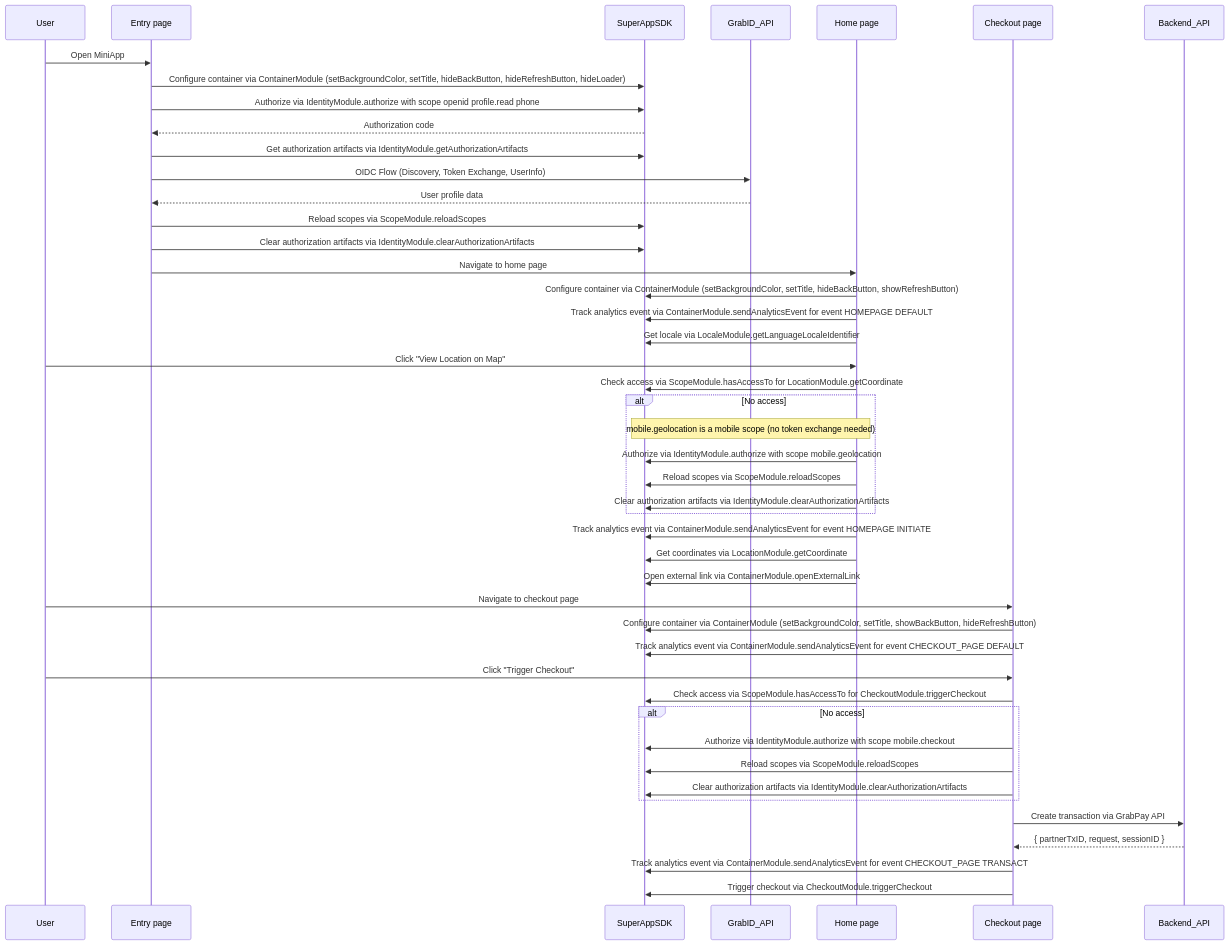
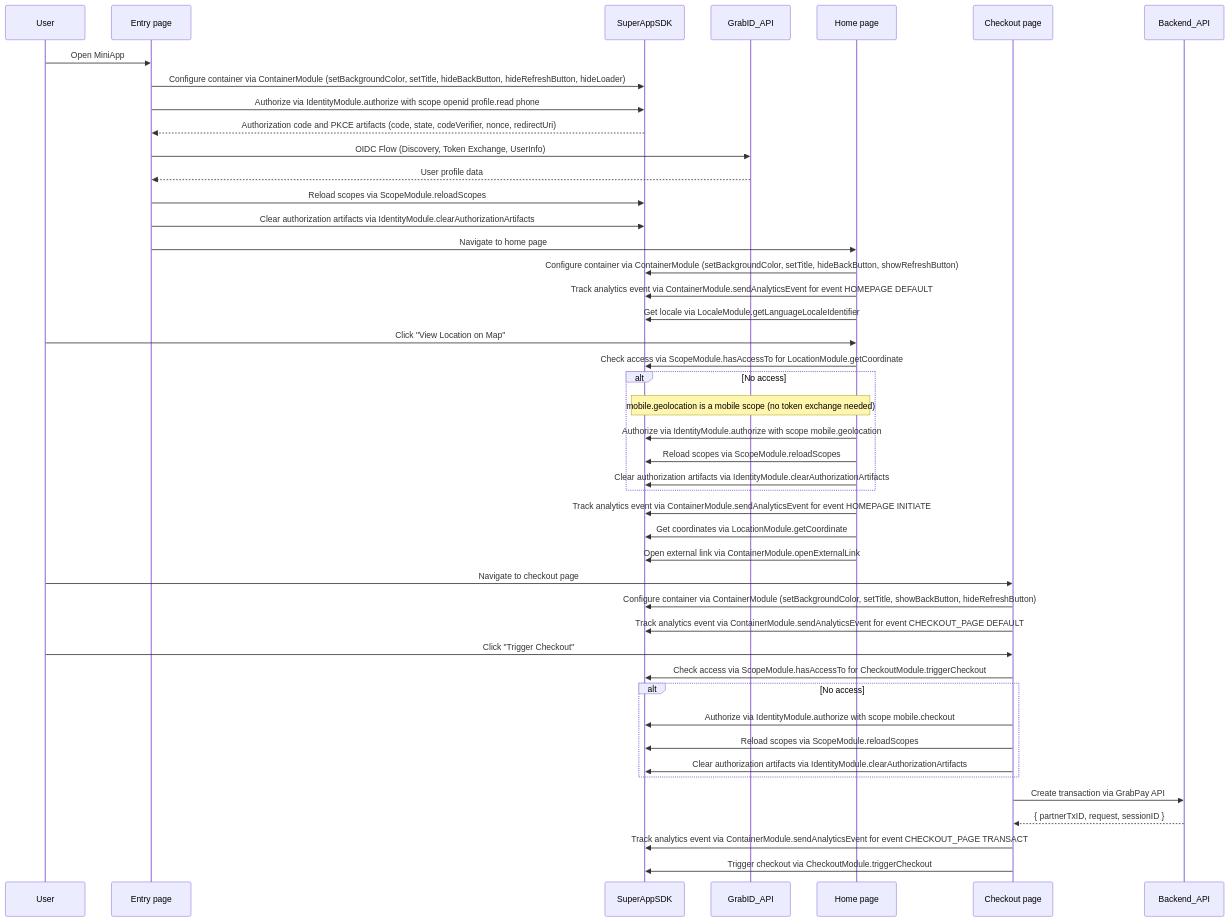
Before and after one commit to grab/superapp-sdk: the diagram in demo/README.md, drawn with Mermaid. The commit also changed 30 other files, not shown here.

Commit message:
[CXMINIAPP-1664] Return PKCE artifacts as part of authorize call

````diff
--- a/demo/README.md
+++ b/demo/README.md
@@ -75,51 +75,50 @@
 ```mermaid
 sequenceDiagram
     participant User
     participant Entry as Entry page
     participant SDK as SuperAppSDK
     participant OIDC as GrabID_API
     participant Home as Home page
     participant Checkout as Checkout page
     participant Backend as Backend_API
 
     User->>Entry: Open MiniApp
     Entry->>SDK: Configure container via ContainerModule (setBackgroundColor, setTitle, hideBackButton, hideRefreshButton, hideLoader)
     Entry->>SDK: Authorize via IdentityModule.authorize with scope openid profile.read phone
-    SDK-->>Entry: Authorization code
-    Entry->>SDK: Get authorization artifacts via IdentityModule.getAuthorizationArtifacts
+    SDK-->>Entry: Authorization code and PKCE artifacts (code, state, codeVerifier, nonce, redirectUri)
     Entry->>OIDC: OIDC Flow (Discovery, Token Exchange, UserInfo)
     OIDC-->>Entry: User profile data
     Entry->>SDK: Reload scopes via ScopeModule.reloadScopes
     Entry->>SDK: Clear authorization artifacts via IdentityModule.clearAuthorizationArtifacts
     Entry->>Home: Navigate to home page
 
     Home->>SDK: Configure container via ContainerModule (setBackgroundColor, setTitle, hideBackButton, showRefreshButton)
     Home->>SDK: Track analytics event via ContainerModule.sendAnalyticsEvent for event HOMEPAGE DEFAULT
     Home->>SDK: Get locale via LocaleModule.getLanguageLocaleIdentifier
     User->>Home: Click "View Location on Map"
     Home->>SDK: Check access via ScopeModule.hasAccessTo for LocationModule.getCoordinate
     alt No access
         Note over Home,SDK: mobile.geolocation is a mobile scope (no token exchange needed)
         Home->>SDK: Authorize via IdentityModule.authorize with scope mobile.geolocation
         Home->>SDK: Reload scopes via ScopeModule.reloadScopes
         Home->>SDK: Clear authorization artifacts via IdentityModule.clearAuthorizationArtifacts
     end
     Home->>SDK: Track analytics event via ContainerModule.sendAnalyticsEvent for event HOMEPAGE INITIATE
     Home->>SDK: Get coordinates via LocationModule.getCoordinate
     Home->>SDK: Open external link via ContainerModule.openExternalLink
 
     User->>Checkout: Navigate to checkout page
     Checkout->>SDK: Configure container via ContainerModule (setBackgroundColor, setTitle, showBackButton, hideRefreshButton)
     Checkout->>SDK: Track analytics event via ContainerModule.sendAnalyticsEvent for event CHECKOUT_PAGE DEFAULT
     User->>Checkout: Click "Trigger Checkout"
     Checkout->>SDK: Check access via ScopeModule.hasAccessTo for CheckoutModule.triggerCheckout
     alt No access
         Checkout->>SDK: Authorize via IdentityModule.authorize with scope mobile.checkout
         Checkout->>SDK: Reload scopes via ScopeModule.reloadScopes
         Checkout->>SDK: Clear authorization artifacts via IdentityModule.clearAuthorizationArtifacts
     end
     Checkout->>Backend: Create transaction via GrabPay API
     Backend-->>Checkout: { partnerTxID, request, sessionID }
     Checkout->>SDK: Track analytics event via ContainerModule.sendAnalyticsEvent for event CHECKOUT_PAGE TRANSACT
     Checkout->>SDK: Trigger checkout via CheckoutModule.triggerCheckout
 ```
````
